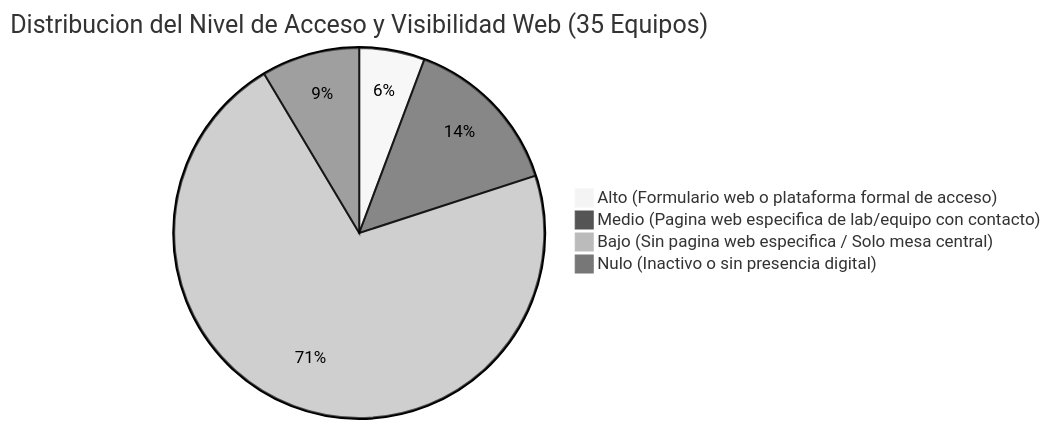
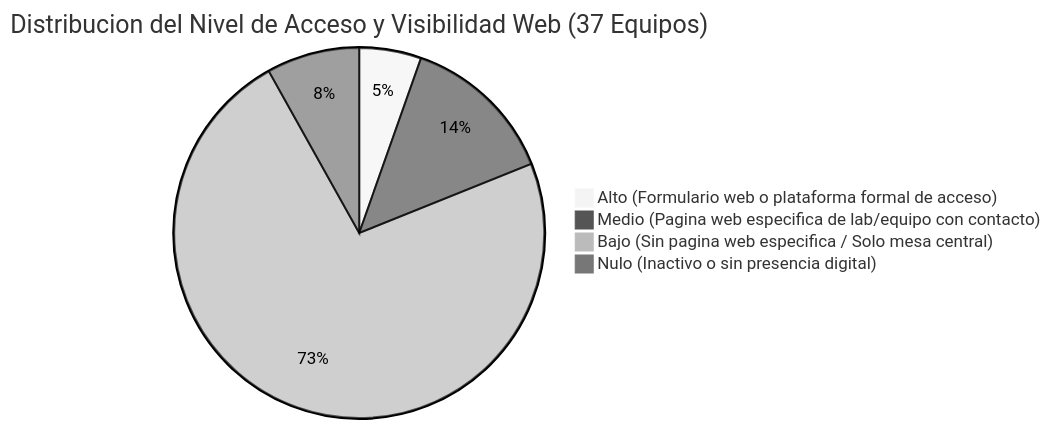
One commit to VAVARO/dashboard_catastro_nca changed the diagram in acceso_informacion_equipos.md. Above: the diagram before and after it, drawn with Mermaid (neutral theme). The commit also changed other lines of this file and 3 other files, not shown here.

````diff
--- a/acceso_informacion_equipos.md
+++ b/acceso_informacion_equipos.md
@@ -18,7 +18,7 @@
 ```mermaid
-pie title Distribucion del Nivel de Acceso y Visibilidad Web (35 Equipos)
+pie title Distribucion del Nivel de Acceso y Visibilidad Web (37 Equipos)
     "Alto (Formulario web o plataforma formal de acceso)" : 2
     "Medio (Pagina web especifica de lab/equipo con contacto)" : 5
-    "Bajo (Sin pagina web especifica / Solo mesa central)" : 25
+    "Bajo (Sin pagina web especifica / Solo mesa central)" : 27
     "Nulo (Inactivo o sin presencia digital)" : 3
 ```
````
